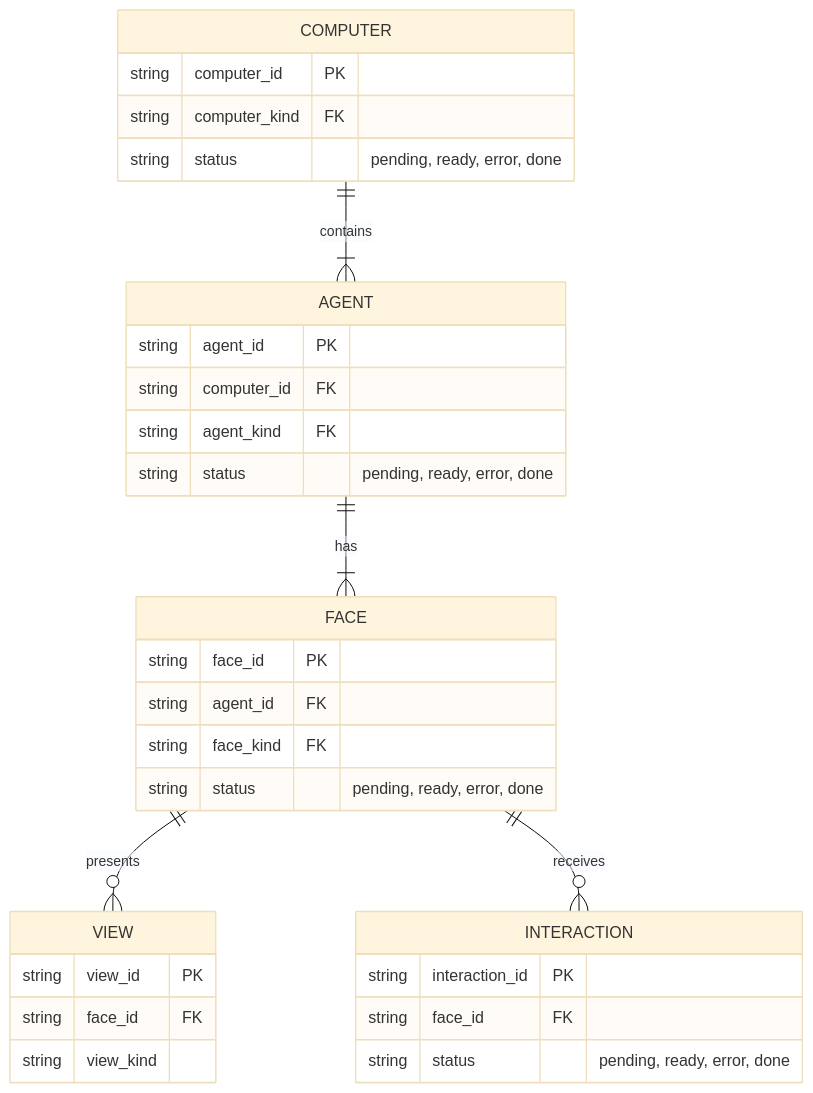
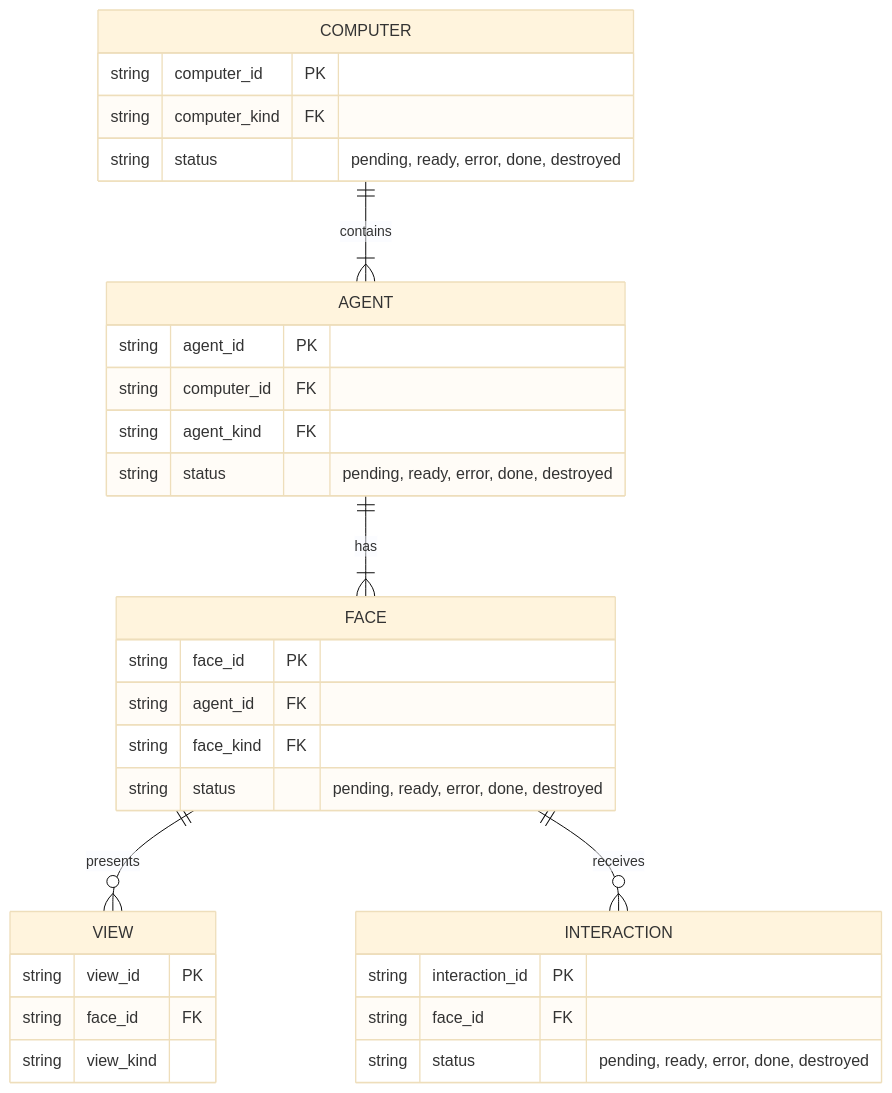
One commit to dreamcatcher-tech/artifact-codex changed the diagram in design/docs/ENTITIES.md. Above: the diagram before and after it, drawn with Mermaid (base theme). The commit also changed 21 other files, not shown here.

````diff
--- a/design/docs/ENTITIES.md
+++ b/design/docs/ENTITIES.md
@@ -3,39 +3,39 @@
 ```mermaid
 erDiagram
   COMPUTER ||--|{ AGENT : contains
   AGENT ||--|{ FACE : has
   FACE ||--o{ VIEW : presents
   FACE ||--o{ INTERACTION : receives
 
   COMPUTER {
     string computer_id PK
     string computer_kind FK
-    string status "pending, ready, error, done"
+    string status "pending, ready, error, done, destroyed"
   }
 
   AGENT {
     string agent_id PK
     string computer_id FK
     string agent_kind FK
-    string status "pending, ready, error, done"
+    string status "pending, ready, error, done, destroyed"
   }
 
   FACE {
     string face_id PK
     string agent_id FK
     string face_kind FK
-    string status "pending, ready, error, done"
+    string status "pending, ready, error, done, destroyed"
   }
 
   VIEW {
     string view_id PK
     string face_id FK
     string view_kind
   }
 
   INTERACTION {
     string interaction_id PK
     string face_id FK
-    string status "pending, ready, error, done"
+    string status "pending, ready, error, done, destroyed"
   }
 ```
````
